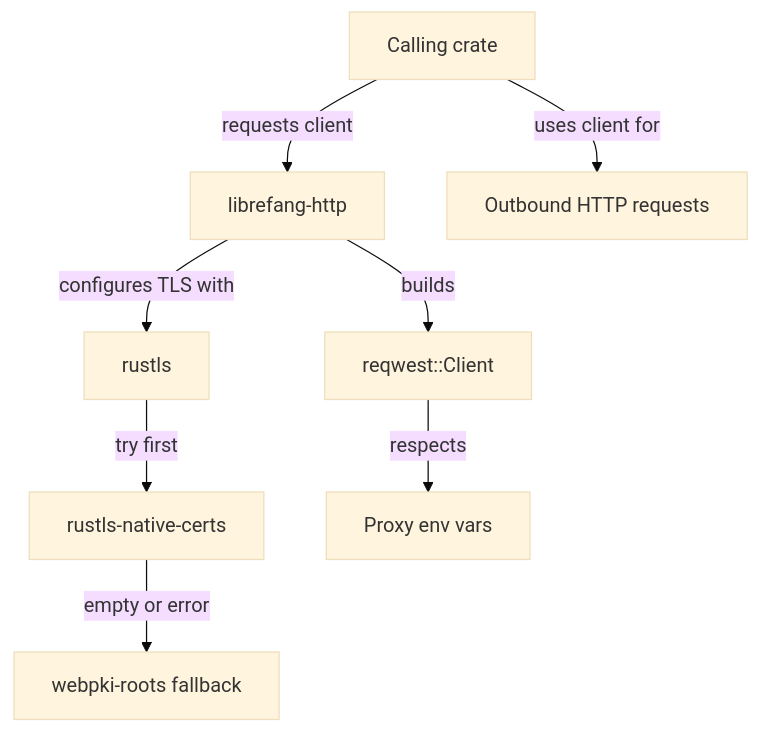
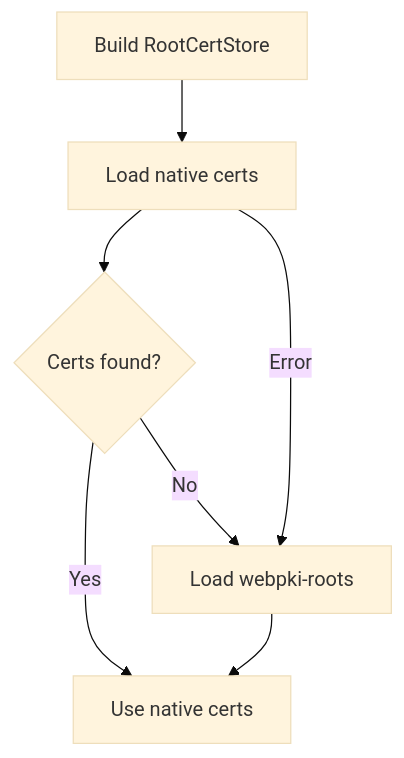
Before and after one commit to leszek3737/librefang-WIki: the diagram in other-librefang-http.md, drawn with Mermaid (base theme). The commit also changed other lines of this file and 100 other files, not shown here.

````diff
--- a/other-librefang-http.md
+++ b/other-librefang-http.md
@@ -33,10 +30,9 @@
 ```mermaid
-graph TD
-    A[Calling crate] -->|requests client| B[librefang-http]
-    B -->|builds| C[reqwest::Client]
-    B -->|configures TLS with| D[rustls]
-    D -->|try first| E[rustls-native-certs]
-    E -->|empty or error| F[webpki-roots fallback]
-    C -->|respects| G[Proxy env vars]
-    A -->|uses client for| H[Outbound HTTP requests]
+flowchart TD
+    A[Build RootCertStore] --> B[Load native certs]
+    B --> C{Certs found?}
+    C -- Yes --> D[Use native certs]
+    C -- No --> E[Load webpki-roots]
+    E --> D
+    B -- Error --> E
 ```
````
